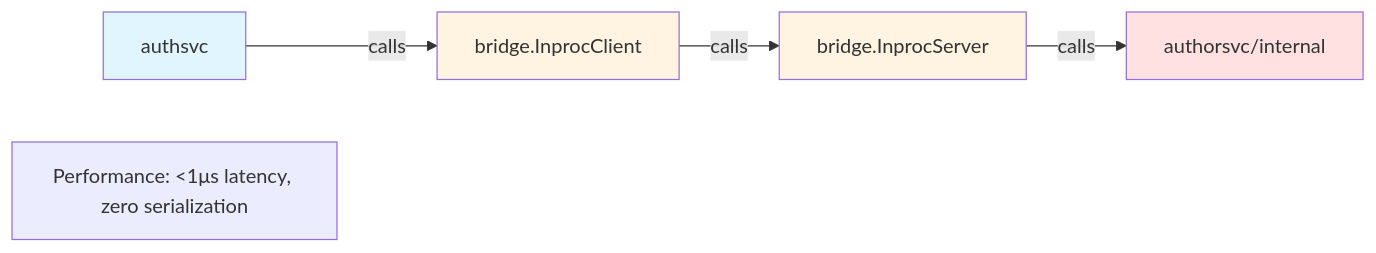
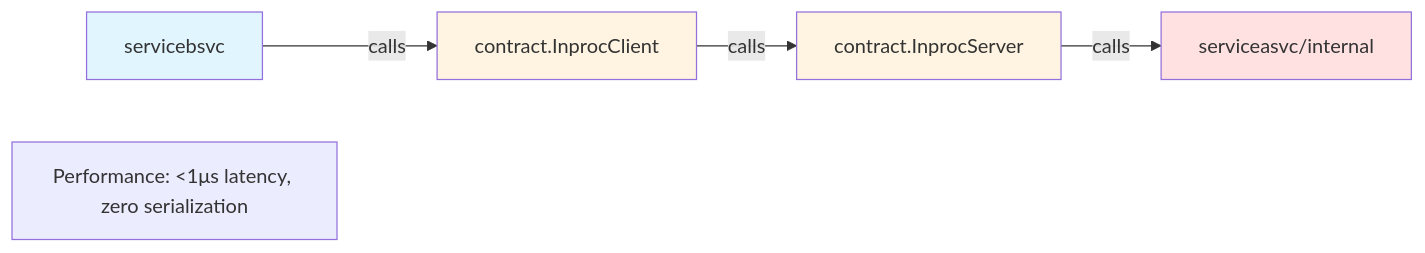
The second of 5 diagrams in README.md (pivaldi/go-modular-monolith-white-paper), drawn with Mermaid before and after one commit. The commit also changed other lines of this file and 20 other files, not shown here.

Commit message:
Bridge to Contract Definition Architecture Refactoring

````diff
--- a/README.md
+++ b/README.md
@@ -278,13 +280,13 @@
 ```mermaid
 graph LR
-    authsvc["authsvc"] -->|calls| inproc_client["bridge.InprocClient"]
-    inproc_client -->|calls| inproc_server["bridge.InprocServer"]
-    inproc_server -->|calls| authorsvc_internal["authorsvc/internal"]
+    servicebsvc["servicebsvc"] -->|calls| inproc_client["contract.InprocClient"]
+    inproc_client -->|calls| inproc_server["contract.InprocServer"]
+    inproc_server -->|calls| serviceasvc_internal["serviceasvc/internal"]
 
     note["Performance: &lt;1μs latency, zero serialization"]
 
-    style authsvc fill:#e1f5ff
+    style servicebsvc fill:#e1f5ff
     style inproc_client fill:#fff4e1
     style inproc_server fill:#fff4e1
-    style authorsvc_internal fill:#ffe1e1
+    style serviceasvc_internal fill:#ffe1e1
 ```
````
